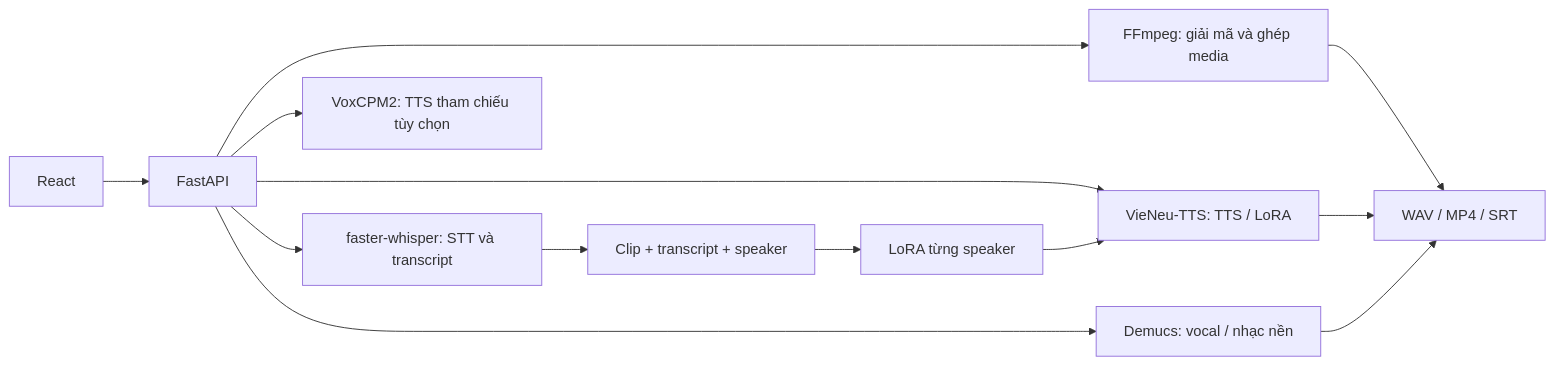
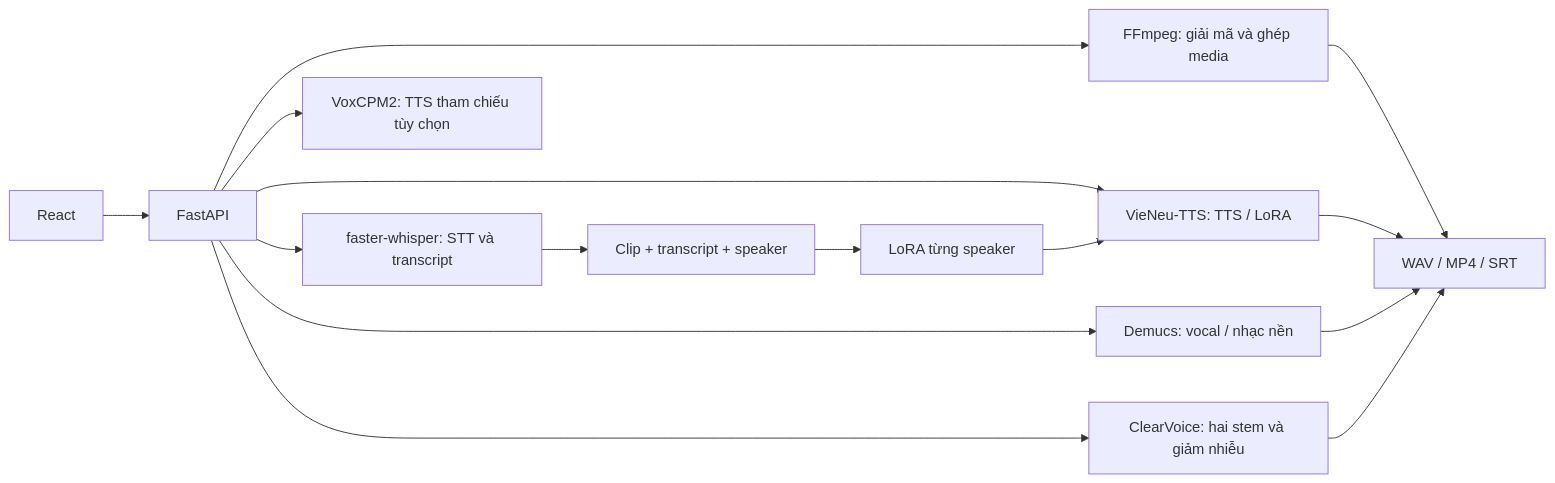
Before and after one commit to minhnhatdepzai/voice-deeplearning: the diagram in README.md, drawn with Mermaid. The commit also changed other lines of this file and 32 other files, not shown here.

````diff
--- a/README.md
+++ b/README.md
@@ -9,15 +9,17 @@
 ```mermaid
 flowchart LR
   UI[React] --> API[FastAPI]
   API --> FF[FFmpeg: giải mã và ghép media]
   API --> STT[faster-whisper: STT và transcript]
   API --> DEM[Demucs: vocal / nhạc nền]
+  API --> SEP[ClearVoice: hai stem và giảm nhiễu]
   API --> TTS[VieNeu-TTS: TTS / LoRA]
   API --> VOX[VoxCPM2: TTS tham chiếu tùy chọn]
   STT --> DATA[Clip + transcript + speaker]
   DATA --> LORA[LoRA từng speaker]
   LORA --> TTS
   FF --> OUT[WAV / MP4 / SRT]
   TTS --> OUT
   DEM --> OUT
+  SEP --> OUT
 ```
````
